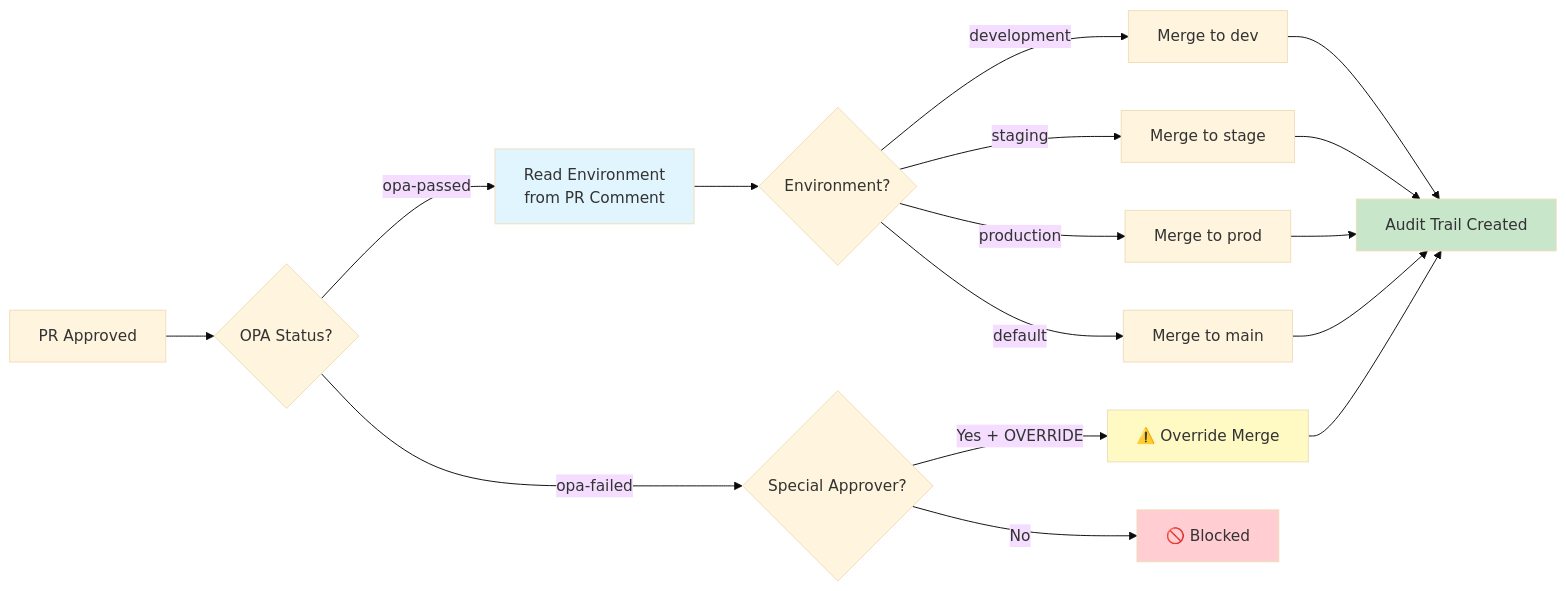
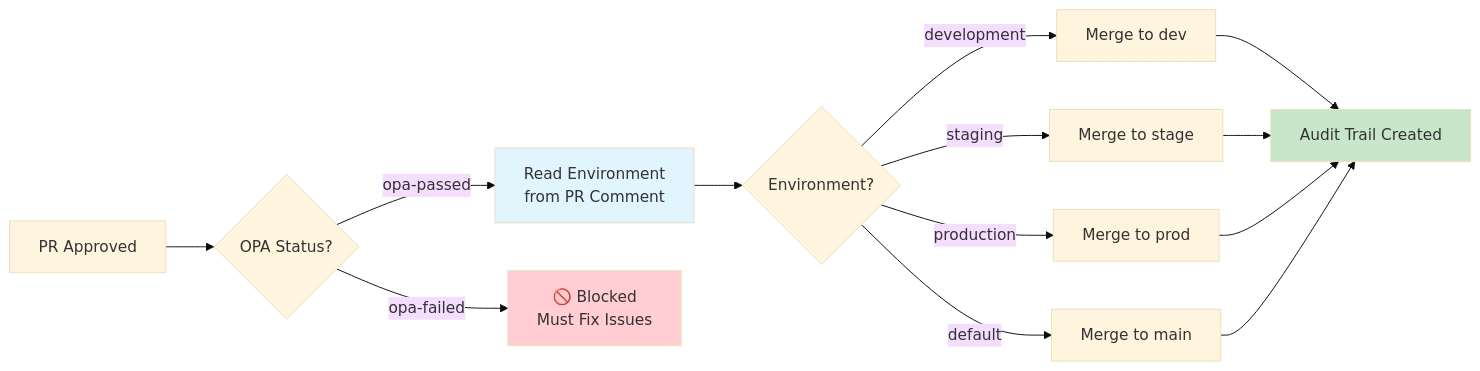
Before and after one commit to Terraform-centilazed-pipline/centerlized-pipline-: the fifth of 22 diagrams in EXECUTIVE-WORKFLOW-OVERVIEW.md, drawn with Mermaid (base theme). The commit also changed other lines of this file, not shown here.

First line of the commit message:
refactor: simplify executive overview - remove special approver complexity

````diff
--- a/EXECUTIVE-WORKFLOW-OVERVIEW.md
+++ b/EXECUTIVE-WORKFLOW-OVERVIEW.md
@@ -133,23 +168,18 @@
 ```mermaid
 graph LR
     A[PR Approved] --> B{OPA Status?}
     B -->|opa-passed| C[Read Environment<br/>from PR Comment]
-    B -->|opa-failed| D{Special Approver?}
+    B -->|opa-failed| D[🚫 Blocked<br/>Must Fix Issues]
     
     C --> E{Environment?}
     E -->|development| F[Merge to dev]
     E -->|staging| G[Merge to stage]
     E -->|production| H[Merge to prod]
     E -->|default| I[Merge to main]
     
-    D -->|Yes + OVERRIDE| J[⚠️ Override Merge]
-    D -->|No| K[🚫 Blocked]
-    
     F & G & H & I --> L[Audit Trail Created]
-    J --> L
     
     style C fill:#e1f5ff
-    style K fill:#ffcdd2
-    style J fill:#fff9c4
+    style D fill:#ffcdd2
     style L fill:#c8e6c9
 ```
````
